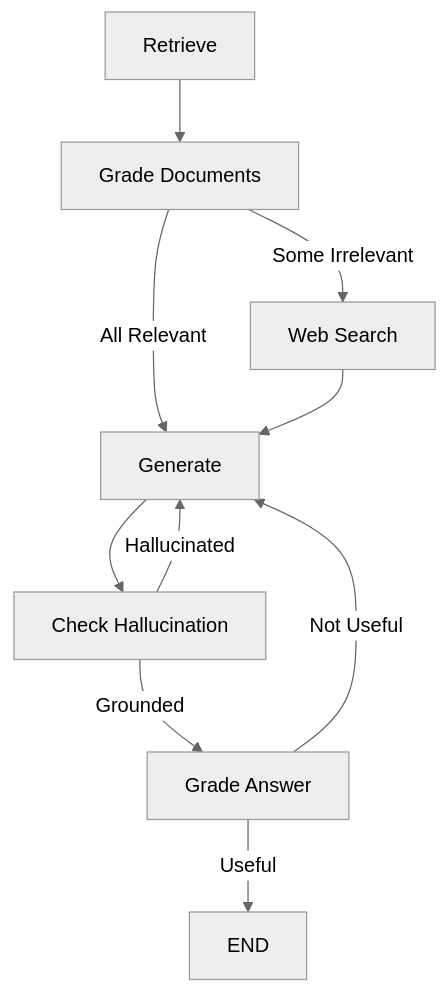
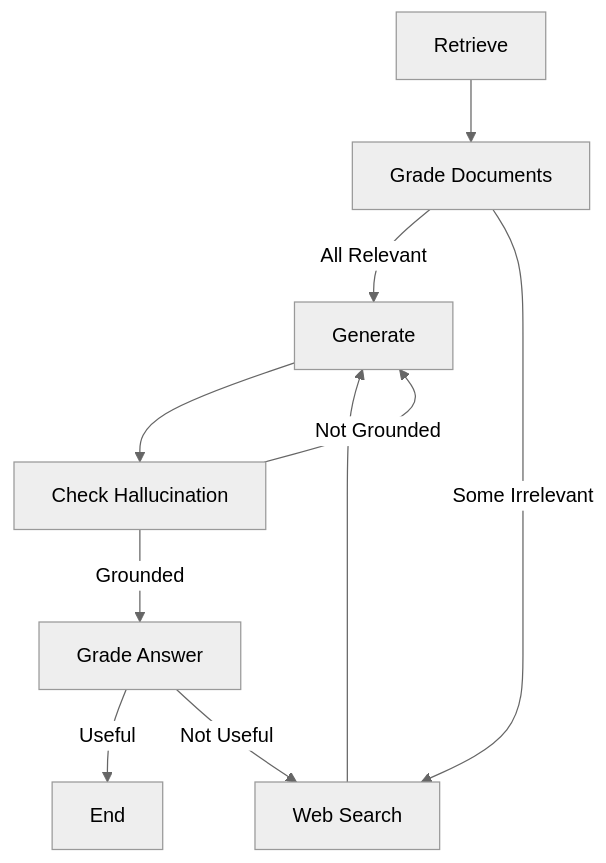
Before and after one commit to RAHULREDDYYSR/SELF-RAG: the diagram in README.md, drawn with Mermaid (neutral theme). The commit also changed other lines of this file, not shown here.

````diff
--- a/README.md
+++ b/README.md
@@ -49,12 +27,12 @@
 ```mermaid
 flowchart TD
     A[Retrieve] --> B[Grade Documents]
     B -->|All Relevant| D[Generate]
     B -->|Some Irrelevant| C[Web Search]
     C --> D
     D --> E[Check Hallucination]
     E -->|Grounded| F[Grade Answer]
-    E -->|Hallucinated| D
-    F -->|Useful| G[END]
-    F -->|Not Useful| D
+    E -->|Not Grounded| D
+    F -->|Useful| G[End]
+    F -->|Not Useful| C
 ```
````
